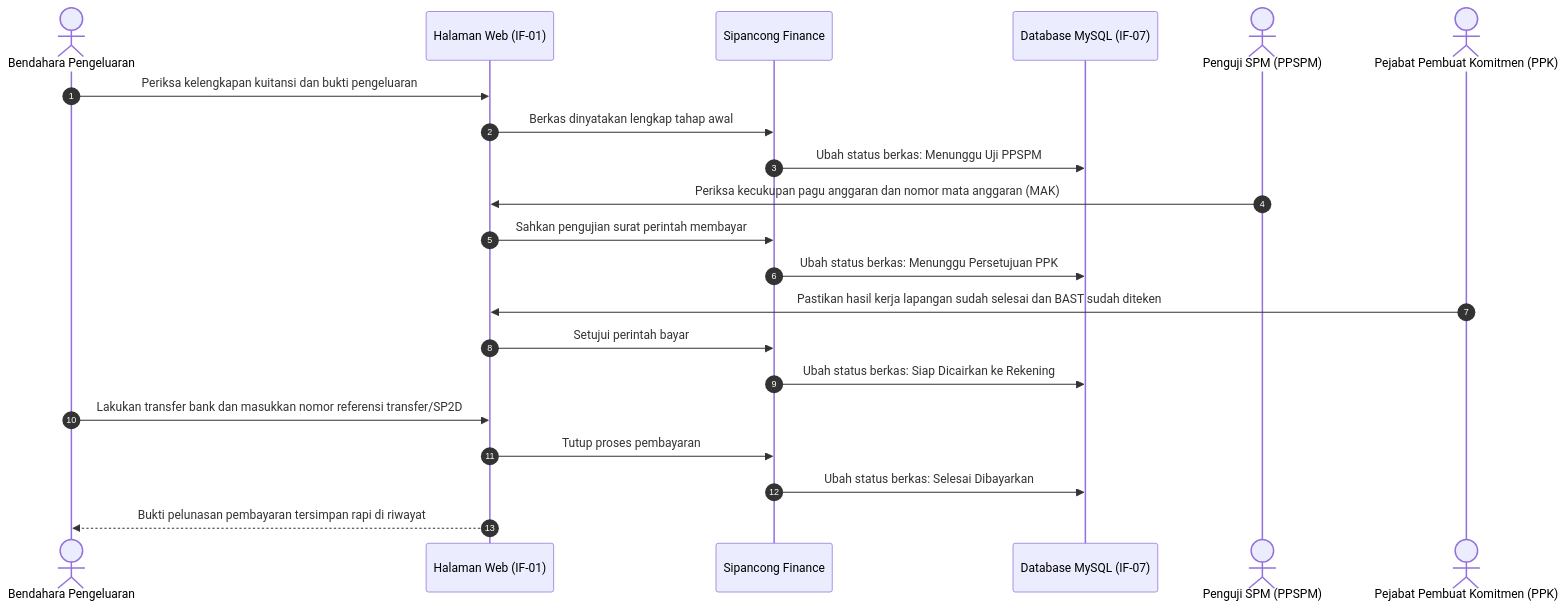
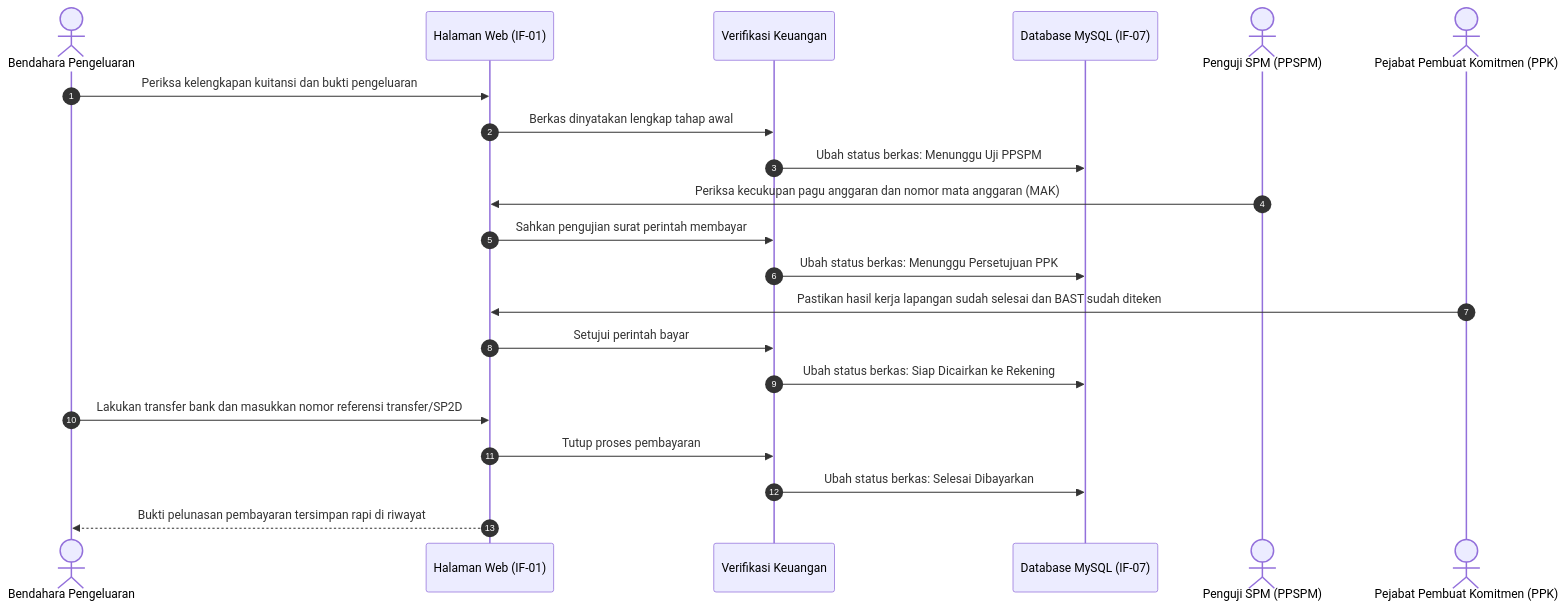
Before and after one commit to ihkaru/sipedas: the fourth of 4 diagrams in docs/architecture/06_runtime_view.md, drawn with Mermaid. The commit also changed other lines of this file and 53 other files, not shown here.

Commit message:
feat(pembayaran): eliminate SiPEDAS and Sipancong legacy names, refresh arc42 baseline, and add backward-compatible redirect

````diff
--- a/docs/architecture/06_runtime_view.md
+++ b/docs/architecture/06_runtime_view.md
@@ -119,27 +124,27 @@
 ```mermaid
 sequenceDiagram
     autonumber
     actor Bendahara as Bendahara Pengeluaran
     participant UI as Halaman Web (IF-01)
-    participant Sipancong as Sipancong Finance
+    participant Keuangan as Verifikasi Keuangan
     participant DB as Database MySQL (IF-07)
     actor PPSPM as Penguji SPM (PPSPM)
     actor PPK as Pejabat Pembuat Komitmen (PPK)
 
     Bendahara->>UI: Periksa kelengkapan kuitansi dan bukti pengeluaran
-    UI->>Sipancong: Berkas dinyatakan lengkap tahap awal
-    Sipancong->>DB: Ubah status berkas: Menunggu Uji PPSPM
+    UI->>Keuangan: Berkas dinyatakan lengkap tahap awal
+    Keuangan->>DB: Ubah status berkas: Menunggu Uji PPSPM
     
     PPSPM->>UI: Periksa kecukupan pagu anggaran dan nomor mata anggaran (MAK)
-    UI->>Sipancong: Sahkan pengujian surat perintah membayar
-    Sipancong->>DB: Ubah status berkas: Menunggu Persetujuan PPK
+    UI->>Keuangan: Sahkan pengujian surat perintah membayar
+    Keuangan->>DB: Ubah status berkas: Menunggu Persetujuan PPK
     
     PPK->>UI: Pastikan hasil kerja lapangan sudah selesai dan BAST sudah diteken
-    UI->>Sipancong: Setujui perintah bayar
-    Sipancong->>DB: Ubah status berkas: Siap Dicairkan ke Rekening
+    UI->>Keuangan: Setujui perintah bayar
+    Keuangan->>DB: Ubah status berkas: Siap Dicairkan ke Rekening
     
     Bendahara->>UI: Lakukan transfer bank dan masukkan nomor referensi transfer/SP2D
-    UI->>Sipancong: Tutup proses pembayaran
-    Sipancong->>DB: Ubah status berkas: Selesai Dibayarkan
+    UI->>Keuangan: Tutup proses pembayaran
+    Keuangan->>DB: Ubah status berkas: Selesai Dibayarkan
     UI-->>Bendahara: Bukti pelunasan pembayaran tersimpan rapi di riwayat
 ```
````
